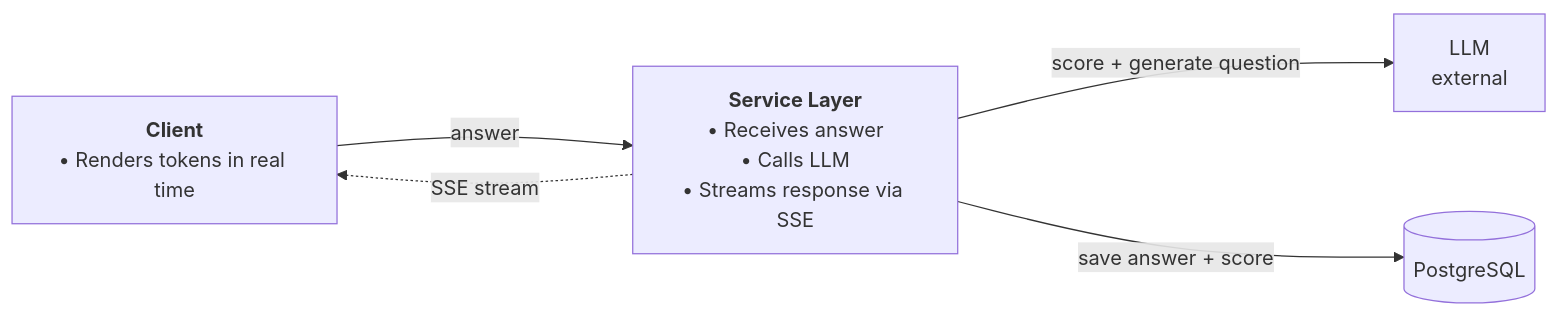
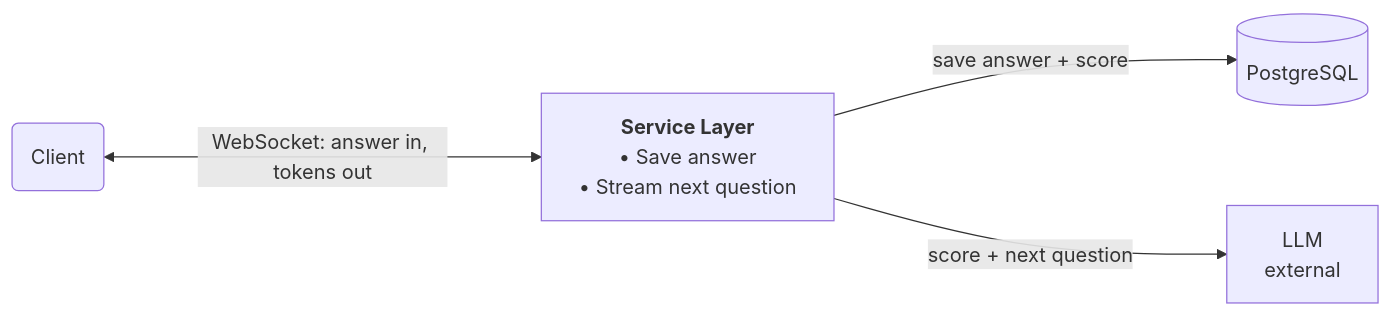
One commit to shivam-tamboli/GrillMyProject changed the second of 4 diagrams in SYSTEM_DESIGN.md. Above: the diagram before and after it, drawn with Mermaid. The commit also changed other lines of this file, not shown here.

Commit message:
restructure system design — simplify for mvp, one diagram, tech decisions with pros and cons

````diff
--- a/SYSTEM_DESIGN.md
+++ b/SYSTEM_DESIGN.md
@@ -561,13 +236,12 @@
 ```mermaid
 %%{init: {'flowchart': {'nodeSpacing': 80, 'rankSpacing': 150}}}%%
 flowchart LR
-    Client["<b>Client</b><br/>• Renders tokens in real time"]
-    SVC["<b>Service Layer</b><br/>• Receives answer<br/>• Calls LLM<br/>• Streams response via SSE"]
+    Client(Client)
+    SVC["<b>Service Layer</b><br/>• Save answer<br/>• Stream next question"]
+    PG[(PostgreSQL)]
     LLM["LLM<br/>external"]
-    PG[(PostgreSQL)]
 
-    Client -->|answer| SVC
-    SVC -->|score + generate question| LLM
+    Client <-->|WebSocket: answer in, tokens out| SVC
     SVC -->|save answer + score| PG
-    SVC -.->|SSE stream| Client
+    SVC -->|score + next question| LLM
 ```
````
